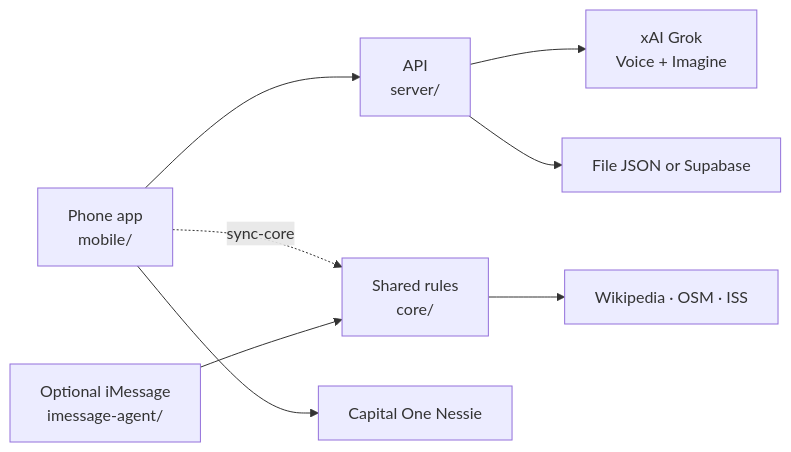
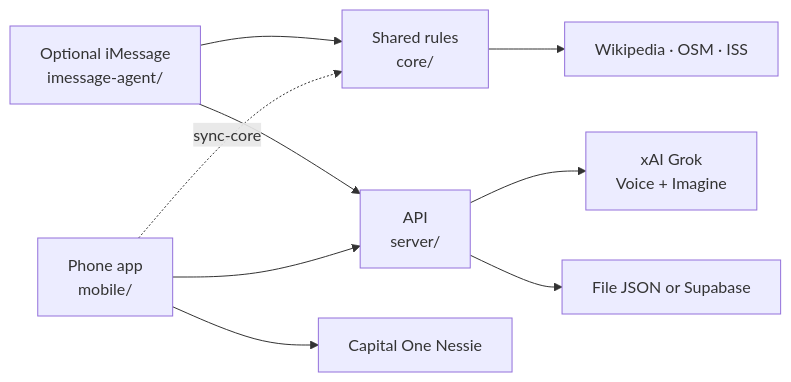
One commit to LuisMend12/HuskiesPaws changed the diagram in README.md. Above: the diagram before and after it, drawn with Mermaid. The commit also changed other lines of this file and 3 other files, not shown here.

````diff
--- a/README.md
+++ b/README.md
@@ -42,14 +42,15 @@
 ```mermaid
 flowchart LR
   Phone["Phone app<br/>mobile/"]
   IM["Optional iMessage<br/>imessage-agent/"]
   Core["Shared rules<br/>core/"]
   Server["API<br/>server/"]
   Phone --> Server
   Phone -.sync-core.-> Core
   IM --> Core
+  IM --> Server
   Server --> Grok["xAI Grok<br/>Voice + Imagine"]
   Server --> Store["File JSON or Supabase"]
   Phone --> Nessie["Capital One Nessie"]
   Core --> Data["Wikipedia · OSM · ISS"]
 ```
````
